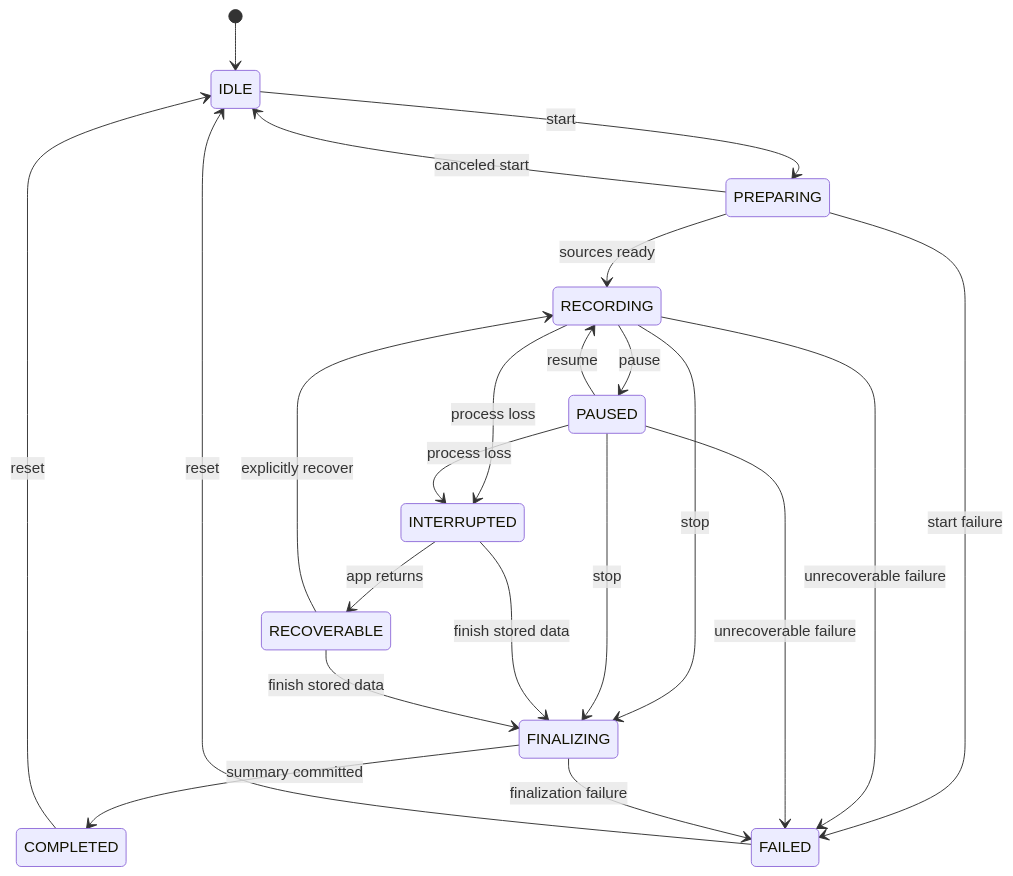
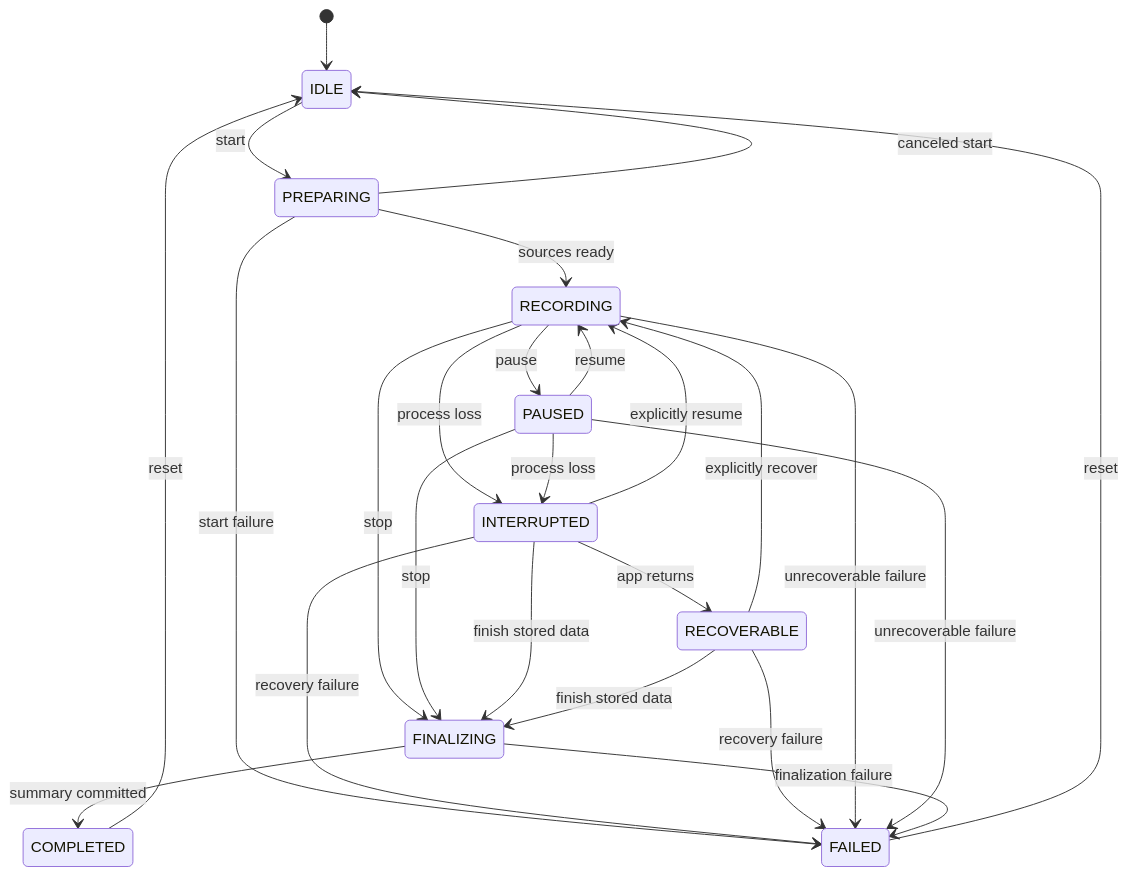
The diagram in docs/diagrams/05-session-lifecycle.md (Eclipse-XS/SleepTrackerSimulator), drawn with Mermaid before and after one commit. The commit also changed 2 other files, not shown here.

Commit message:
docs: align architecture diagrams with runtime

````diff
--- a/docs/diagrams/05-session-lifecycle.md
+++ b/docs/diagrams/05-session-lifecycle.md
@@ -5,24 +5,27 @@
 ```mermaid
 stateDiagram-v2
   [*] --> IDLE
   IDLE --> PREPARING: start
   PREPARING --> RECORDING: sources ready
   PREPARING --> FAILED: start failure
   PREPARING --> IDLE: canceled start
   RECORDING --> PAUSED: pause
   PAUSED --> RECORDING: resume
   RECORDING --> FINALIZING: stop
   PAUSED --> FINALIZING: stop
   RECORDING --> INTERRUPTED: process loss
   PAUSED --> INTERRUPTED: process loss
+  INTERRUPTED --> RECORDING: explicitly resume
   INTERRUPTED --> RECOVERABLE: app returns
   INTERRUPTED --> FINALIZING: finish stored data
+  INTERRUPTED --> FAILED: recovery failure
   RECOVERABLE --> RECORDING: explicitly recover
   RECOVERABLE --> FINALIZING: finish stored data
+  RECOVERABLE --> FAILED: recovery failure
   RECORDING --> FAILED: unrecoverable failure
   PAUSED --> FAILED: unrecoverable failure
   FINALIZING --> COMPLETED: summary committed
   FINALIZING --> FAILED: finalization failure
   COMPLETED --> IDLE: reset
   FAILED --> IDLE: reset
 ```
````
